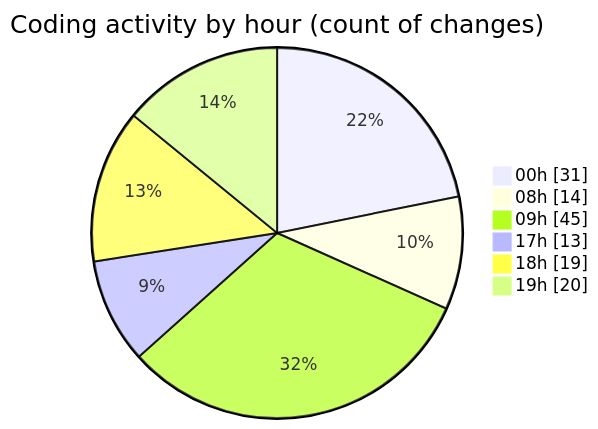
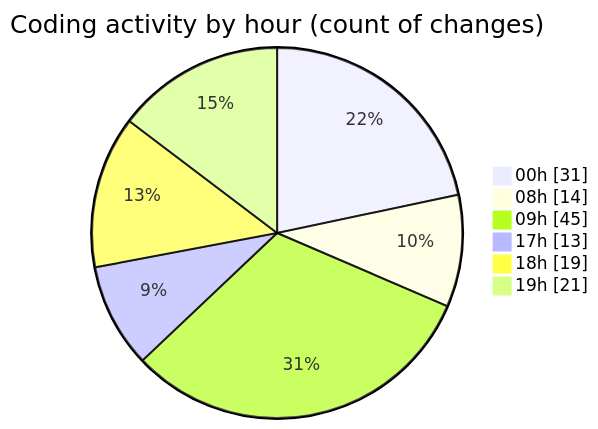
One commit to lephambinh05/code-tracking changed the second of 2 diagrams in 2025-08-03/studybuddy/README.md. Above: the diagram before and after it, drawn with Mermaid. The commit also changed other lines of this file and 1 other file, not shown here.

````diff
--- a/2025-08-03/studybuddy/README.md
+++ b/2025-08-03/studybuddy/README.md
@@ -74,10 +74,10 @@
 ```mermaid
 pie showData
 title Coding activity by hour (count of changes)
 "00h" : 31
 "08h" : 14
 "09h" : 45
 "17h" : 13
 "18h" : 19
-"19h" : 20
+"19h" : 21
 ```
````
